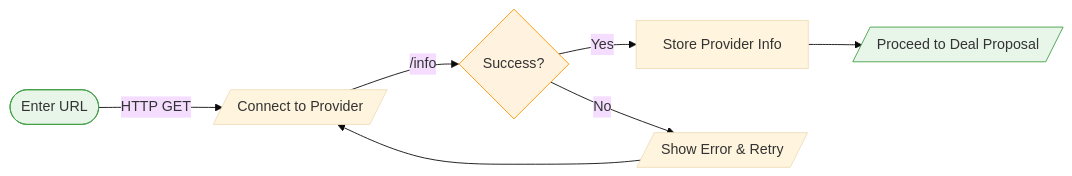
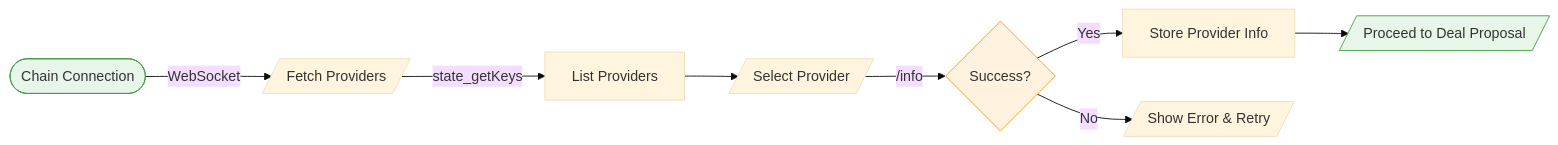
Before and after one commit to eigerco/delia: the second of 5 diagrams in README.md, drawn with Mermaid (base theme). The commit also changed other lines of this file, not shown here.

````diff
--- a/README.md
+++ b/README.md
@@ -23,13 +42,13 @@
 ```mermaid
 flowchart LR
-    Start([Enter URL]) -->|HTTP GET| Connect[/Connect to Provider/]
-    Connect -->|/info| Check{Success?}
+    Start([Chain Connection]) -->|WebSocket| Fetch[/Fetch Providers/]
+    Fetch -->|state_getKeys| List[List Providers]
+    List --> Select[/Select Provider/]
+    Select -->|/info| Check{Success?}
     Check -->|Yes| Info[Store Provider Info]
     Info --> Next[/Proceed to Deal Proposal/]
     Check -->|No| Retry[/Show Error & Retry/]
-    Retry --> Connect
-
     style Start fill:#e8f5e9,stroke:#43a047
     style Next fill:#e8f5e9,stroke:#43a047
     style Check fill:#fff3e0,stroke:#ff9800
 ```
````
